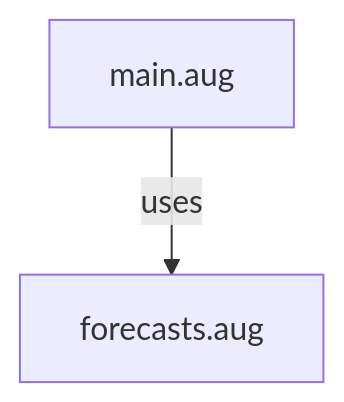
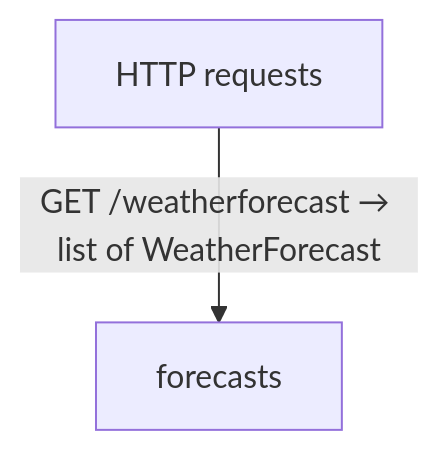
Before and after one commit to GreenPandaStudios/augscript: the diagram in docs/examples/weather-api/diagrams/index.md, drawn with Mermaid. The commit also changed other lines of this file and 524 other files, not shown here.

Commit message:
Explain checked data flow at folder and service levels

````diff
--- a/docs/examples/weather-api/diagrams/index.md
+++ b/docs/examples/weather-api/diagrams/index.md
@@ -29,6 +19,6 @@
 ```mermaid
 flowchart TD
-    n0["forecasts.aug"]
-    n1["main.aug"]
-    n1 -->|"uses"| n0
+    n0["HTTP requests"]
+    n1["forecasts"]
+    n0 -->|"GET /weatherforecast → list of WeatherForecast"| n1
 ```
````
